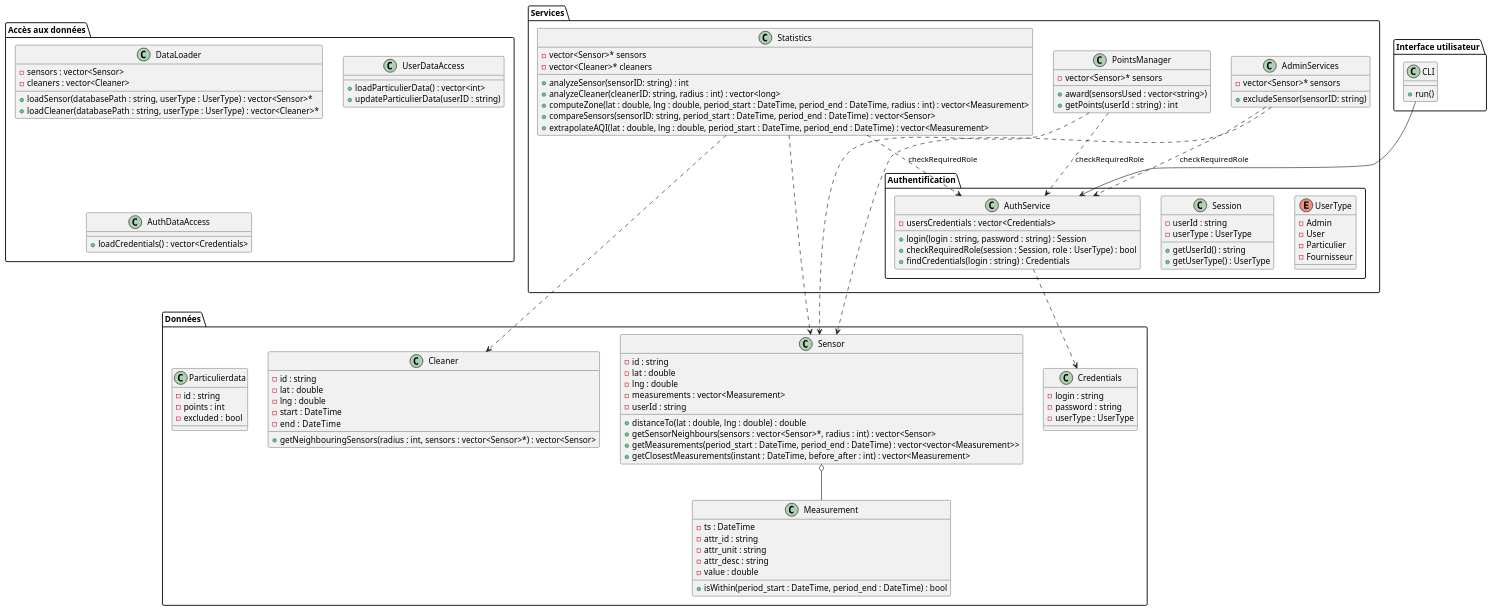
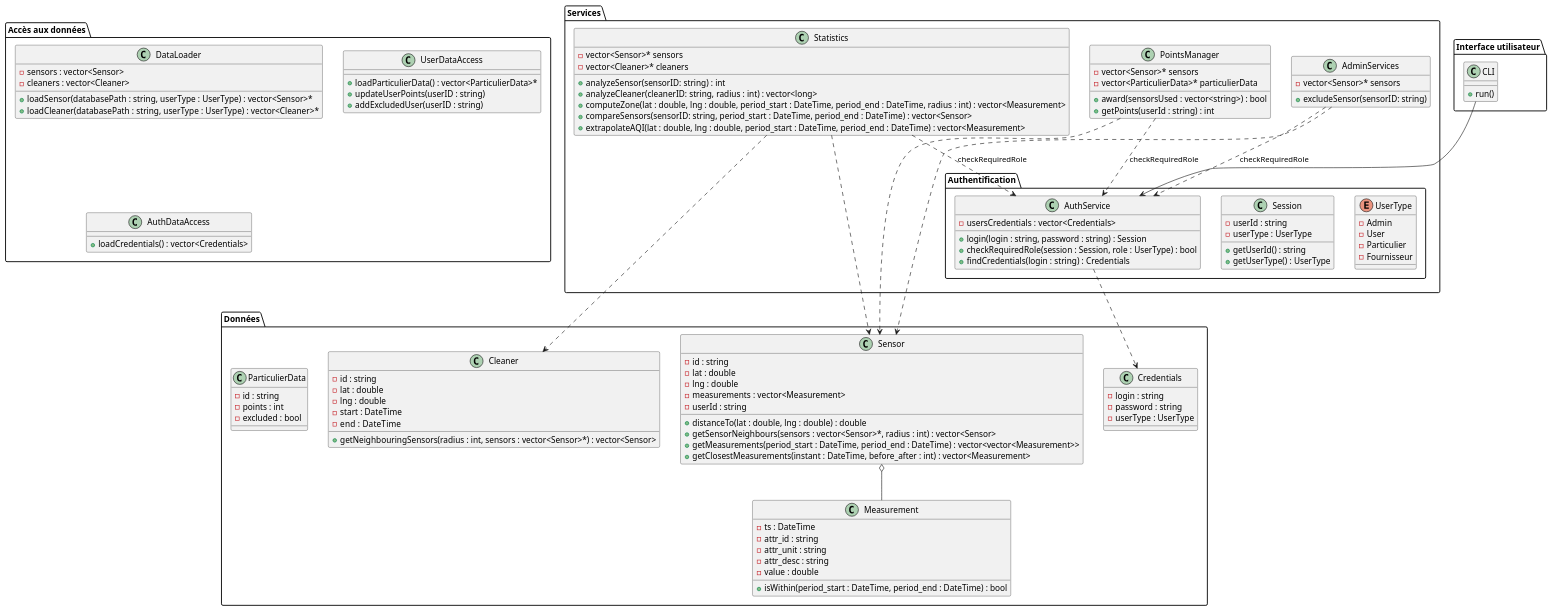
Before and after one commit to ldureuil/3IF_AirWatcher: the diagram in MCD.puml, drawn with PlantUML.

```diff
--- a/MCD.puml
+++ b/MCD.puml
@@ -1,136 +1,138 @@
 @startuml MCD
 
 package "Données" {
   class Sensor {
     - id : string
     - lat : double
     - lng : double
     - measurements : vector<Measurement>
     - userId : string
     + distanceTo(lat : double, lng : double) : double
     + getSensorNeighbours(sensors : vector<Sensor>*, radius : int) : vector<Sensor>
     + getMeasurements(period_start : DateTime, period_end : DateTime) : vector<vector<Measurement>>
     + getClosestMeasurements(instant : DateTime, before_after : int) : vector<Measurement>
   }
 
   class Measurement {
     - ts : DateTime
     - attr_id : string
     - attr_unit : string
     - attr_desc : string
     - value : double
     + isWithin(period_start : DateTime, period_end : DateTime) : bool
   }
 
   class Cleaner {
     - id : string
     - lat : double
     - lng : double
     - start : DateTime
     - end  : DateTime
     + getNeighbouringSensors(radius : int, sensors : vector<Sensor>*) : vector<Sensor>
   }
 
     class Credentials {
     - login : string
     - password : string
     - userType : UserType
   }
 
-  class Particulierdata {
+  class ParticulierData {
     - id : string
     - points : int
     - excluded : bool
   }
 }
 
 
 package "Services" {
   class Statistics {
     - vector<Sensor>* sensors
     - vector<Cleaner>* cleaners
     + analyzeSensor(sensorID: string) : int
     + analyzeCleaner(cleanerID: string, radius : int) : vector<long>
     + computeZone(lat : double, lng : double, period_start : DateTime, period_end : DateTime, radius : int) : vector<Measurement>
     + compareSensors(sensorID: string, period_start : DateTime, period_end : DateTime) : vector<Sensor>
     + extrapolateAQI(lat : double, lng : double, period_start : DateTime, period_end : DateTime) : vector<Measurement>
   }
 
   class PointsManager {
     - vector<Sensor>* sensors
-    + award(sensorsUsed : vector<string>)
+    - vector<ParticulierData>* particulierData
+    + award(sensorsUsed : vector<string>) : bool
     + getPoints(userId : string) : int
   }
 
   class AdminServices {
     - vector<Sensor>* sensors
     + excludeSensor(sensorID: string)
   }
 
   package "Authentification" {
     enum UserType {
     - Admin
     - User
     - Particulier
     - Fournisseur
   }
 
   class Session {
     - userId : string
     - userType : UserType
     + getUserId() : string
     + getUserType() : UserType
   }
 
   class AuthService {
     - usersCredentials : vector<Credentials>
     + login(login : string, password : string) : Session
     + checkRequiredRole(session : Session, role : UserType) : bool
     + findCredentials(login : string) : Credentials
   }
   }
 }
 
 
 package "Accès aux données" {
   class DataLoader {
     - sensors : vector<Sensor>
     - cleaners : vector<Cleaner>
     + loadSensor(databasePath : string, userType : UserType) : vector<Sensor>*
     + loadCleaner(databasePath : string, userType : UserType) : vector<Cleaner>*
   }
 
   class UserDataAccess {
-    + loadParticulierData() : vector<int>
-    + updateParticulierData(userID : string)
+    + loadParticulierData() : vector<ParticulierData>*
+    + updateUserPoints(userID : string)
+    + addExcludedUser(userID : string)
   }
 
   class AuthDataAccess {
     + loadCredentials() : vector<Credentials>
   }
 }
 
 
 package "Interface utilisateur" {
   class CLI {
     + run()
   }
 }
 
 
 
 Sensor  o-- Measurement
 
 CLI --> AuthService
 
 Statistics     ..> AuthService : checkRequiredRole
 PointsManager  ..> AuthService : checkRequiredRole
 AdminServices  ..> AuthService : checkRequiredRole
 
 Statistics     ..> Cleaner
 Statistics     ..> Sensor
 PointsManager  ..> Sensor
 AdminServices  ..> Sensor
 
 AuthService ..> Credentials
 @enduml
```
